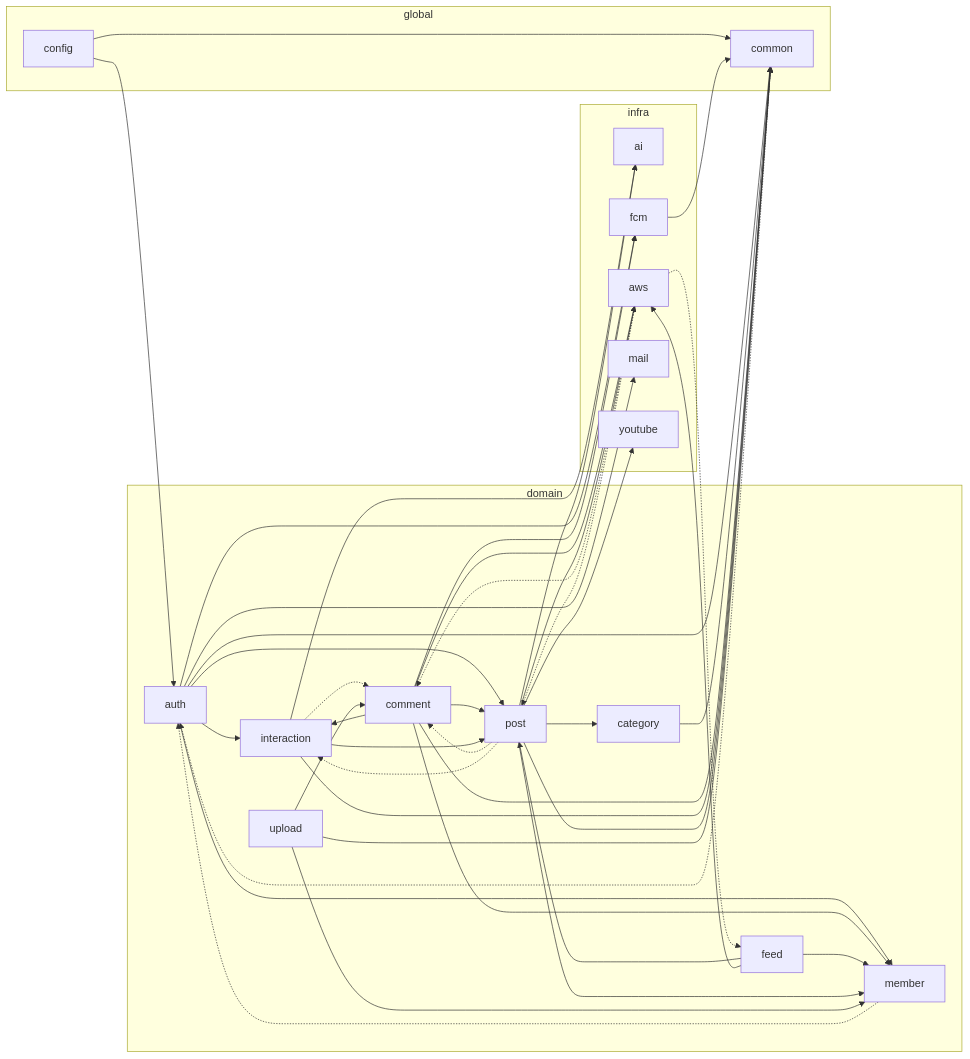
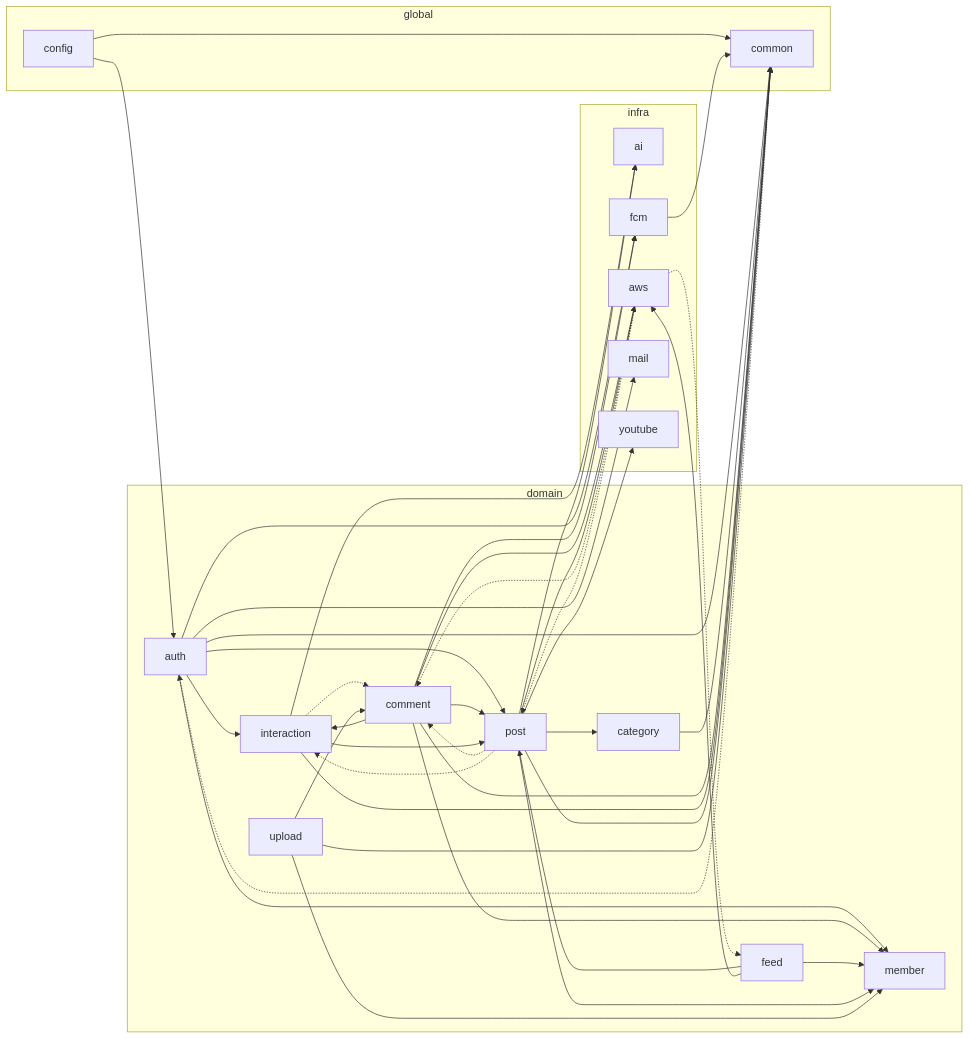
Before and after one commit to BAECHAN/link-sphere_BE_NEW: the second of 4 diagrams in docs/BE-ARCHITECTURE.md, drawn with Mermaid. The commit also changed other lines of this file and 41 other files, not shown here.

First line of the commit message:
refactor: 중복된 게이트·커밋 뒤 처리·상수를 공용 헬퍼로 모으고 검사로 고정, member→auth 순환 해소 (#125)

````diff
--- a/docs/BE-ARCHITECTURE.md
+++ b/docs/BE-ARCHITECTURE.md
@@ -83,63 +83,62 @@
 ```mermaid
 flowchart LR
   subgraph domain
     domain_auth["auth"]
     domain_category["category"]
     domain_comment["comment"]
     domain_feed["feed"]
     domain_interaction["interaction"]
     domain_member["member"]
     domain_post["post"]
     domain_upload["upload"]
   end
   subgraph global
     global_common["common"]
     global_config["config"]
   end
   subgraph infra
     infra_ai["ai"]
     infra_aws["aws"]
     infra_fcm["fcm"]
     infra_mail["mail"]
     infra_youtube["youtube"]
   end
   domain_auth --> domain_interaction
   domain_auth --> domain_member
   domain_auth --> domain_post
   domain_auth --> global_common
   domain_auth --> infra_fcm
   domain_auth --> infra_mail
   domain_category --> global_common
   domain_comment --> domain_interaction
   domain_comment --> domain_member
   domain_comment --> domain_post
   domain_comment --> global_common
   domain_comment --> infra_aws
   domain_comment --> infra_fcm
   domain_feed --> domain_member
   domain_feed --> domain_post
   domain_feed --> infra_aws
   domain_interaction -.-> domain_comment
   domain_interaction --> domain_post
   domain_interaction --> global_common
   domain_interaction --> infra_ai
-  domain_member -.-> domain_auth
   domain_post --> domain_category
   domain_post -.-> domain_comment
   domain_post -.-> domain_interaction
   domain_post --> domain_member
   domain_post --> global_common
   domain_post --> infra_ai
   domain_post --> infra_aws
   domain_post --> infra_youtube
   domain_upload --> domain_comment
   domain_upload --> domain_member
   domain_upload --> global_common
   global_common -.-> domain_auth
   global_config --> domain_auth
   global_config --> global_common
   infra_aws -.-> domain_comment
   infra_aws -.-> domain_feed
   infra_aws -.-> domain_post
   infra_fcm --> global_common
 ```
````
